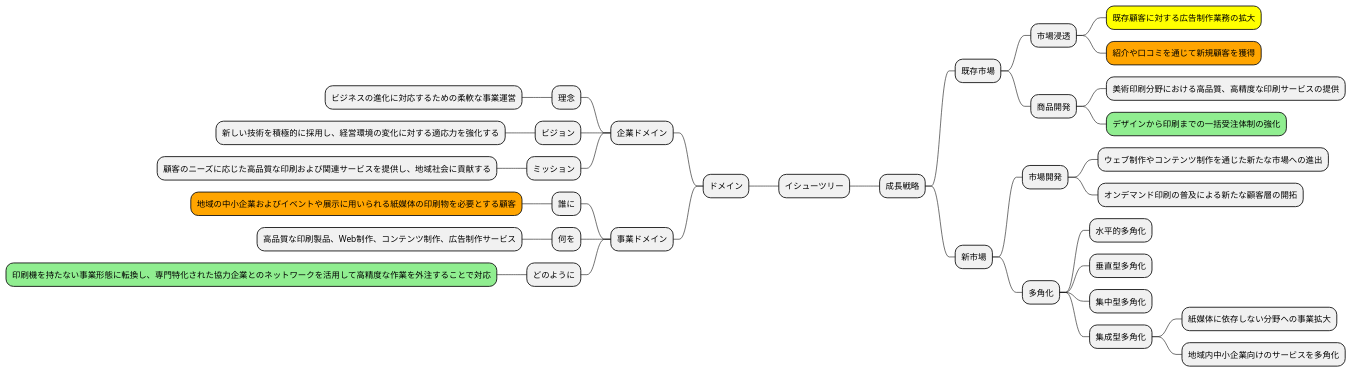
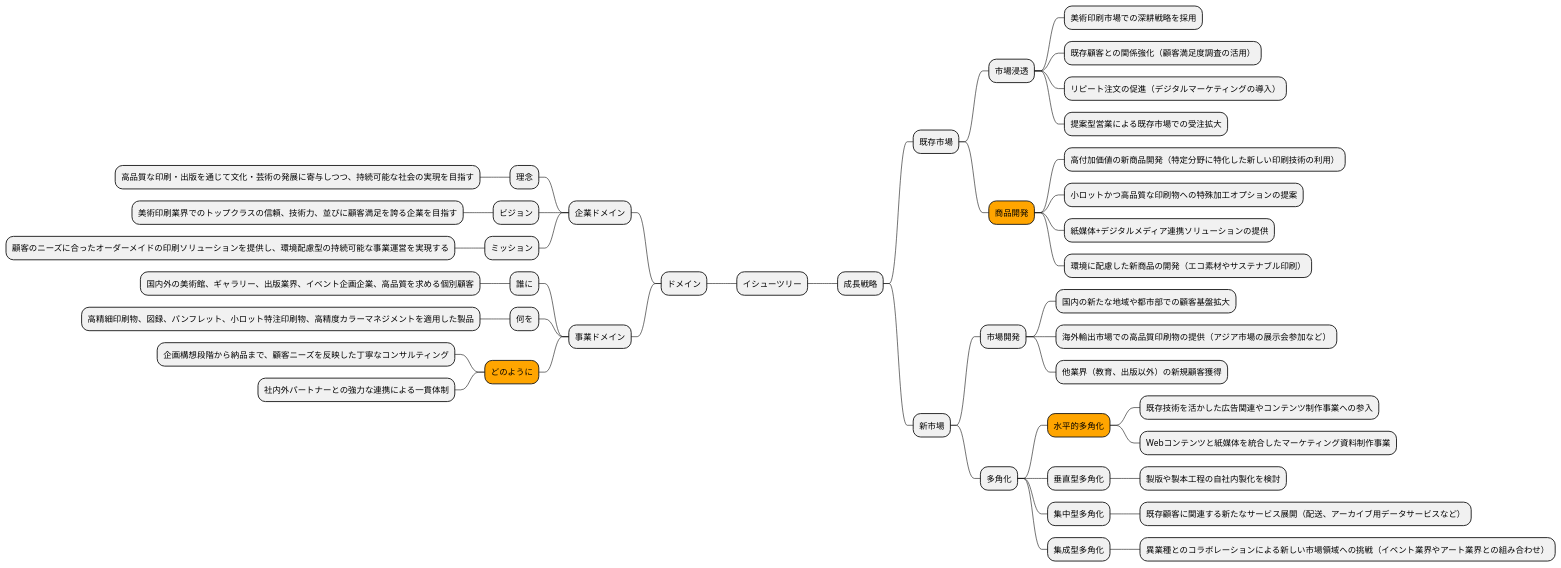
Before and after one commit to k2works/case-study-business-analysis: the seventh of 19 diagrams in docs/case/r03_case_1.adoc, drawn with PlantUML. The commit also changed other lines of this file, not shown here.

```diff
--- a/docs/case/r03_case_1.adoc
+++ b/docs/case/r03_case_1.adoc
@@ -235,44 +248,53 @@
 [plantuml]
 ----
 @startmindmap
 
 * イシューツリー
 left side
 ** ドメイン
 *** 企業ドメイン
 **** 理念
-***** ビジネスの進化に対応するための柔軟な事業運営
+***** 高品質な印刷・出版を通じて文化・芸術の発展に寄与しつつ、持続可能な社会の実現を目指す
 **** ビジョン
-***** 新しい技術を積極的に採用し、経営環境の変化に対する適応力を強化する
+***** 美術印刷業界でのトップクラスの信頼、技術力、並びに顧客満足を誇る企業を目指す
 **** ミッション
-***** 顧客のニーズに応じた高品質な印刷および関連サービスを提供し、地域社会に貢献する
+***** 顧客のニーズに合ったオーダーメイドの印刷ソリューションを提供し、環境配慮型の持続可能な事業運営を実現する
 *** 事業ドメイン
 **** 誰に
-*****[#orange] 地域の中小企業およびイベントや展示に用いられる紙媒体の印刷物を必要とする顧客
+***** 国内外の美術館、ギャラリー、出版業界、イベント企画企業、高品質を求める個別顧客
 **** 何を
-***** 高品質な印刷製品、Web制作、コンテンツ制作、広告制作サービス
-**** どのように
-*****[#lightgreen] 印刷機を持たない事業形態に転換し、専門特化された協力企業とのネットワークを活用して高精度な作業を外注することで対応
+***** 高精細印刷物、図録、パンフレット、小ロット特注印刷物、高精度カラーマネジメントを適用した製品
+****[#orange] どのように
+***** 企画構想段階から納品まで、顧客ニーズを反映した丁寧なコンサルティング
+***** 社内外パートナーとの強力な連携による一貫体制
 right side
 ** 成長戦略
 *** 既存市場
 **** 市場浸透
-*****[#yellow] 既存顧客に対する広告制作業務の拡大
-*****[#orange] 紹介や口コミを通じて新規顧客を獲得
-**** 商品開発
-***** 美術印刷分野における高品質、高精度な印刷サービスの提供
-*****[#lightgreen] デザインから印刷までの一括受注体制の強化
+***** 美術印刷市場での深耕戦略を採用
+***** 既存顧客との関係強化（顧客満足度調査の活用）
+***** リピート注文の促進（デジタルマーケティングの導入）
+***** 提案型営業による既存市場での受注拡大
+****[#orange] 商品開発
+***** 高付加価値の新商品開発（特定分野に特化した新しい印刷技術の利用）
+***** 小ロットかつ高品質な印刷物への特殊加工オプションの提案
+***** 紙媒体+デジタルメディア連携ソリューションの提供
+***** 環境に配慮した新商品の開発（エコ素材やサステナブル印刷）
 *** 新市場
 **** 市場開発
-***** ウェブ制作やコンテンツ制作を通じた新たな市場への進出
-***** オンデマンド印刷の普及による新たな顧客層の開拓
+***** 国内の新たな地域や都市部での顧客基盤拡大
+***** 海外輸出市場での高品質印刷物の提供（アジア市場の展示会参加など）
+***** 他業界（教育、出版以外）の新規顧客獲得
 **** 多角化
-***** 水平的多角化
+*****[#orange] 水平的多角化
+****** 既存技術を活かした広告関連やコンテンツ制作事業への参入
+****** Webコンテンツと紙媒体を統合したマーケティング資料制作事業
 ***** 垂直型多角化
+****** 製版や製本工程の自社内製化を検討
 ***** 集中型多角化
+****** 既存顧客に関連する新たなサービス展開（配送、アーカイブ用データサービスなど）
 ***** 集成型多角化
-****** 紙媒体に依存しない分野への事業拡大
-****** 地域内中小企業向けのサービスを多角化
+****** 異業種とのコラボレーションによる新しい市場領域への挑戦（イベント業界やアート業界との組み合わせ）
 
 @endmindmap
 ----
```
